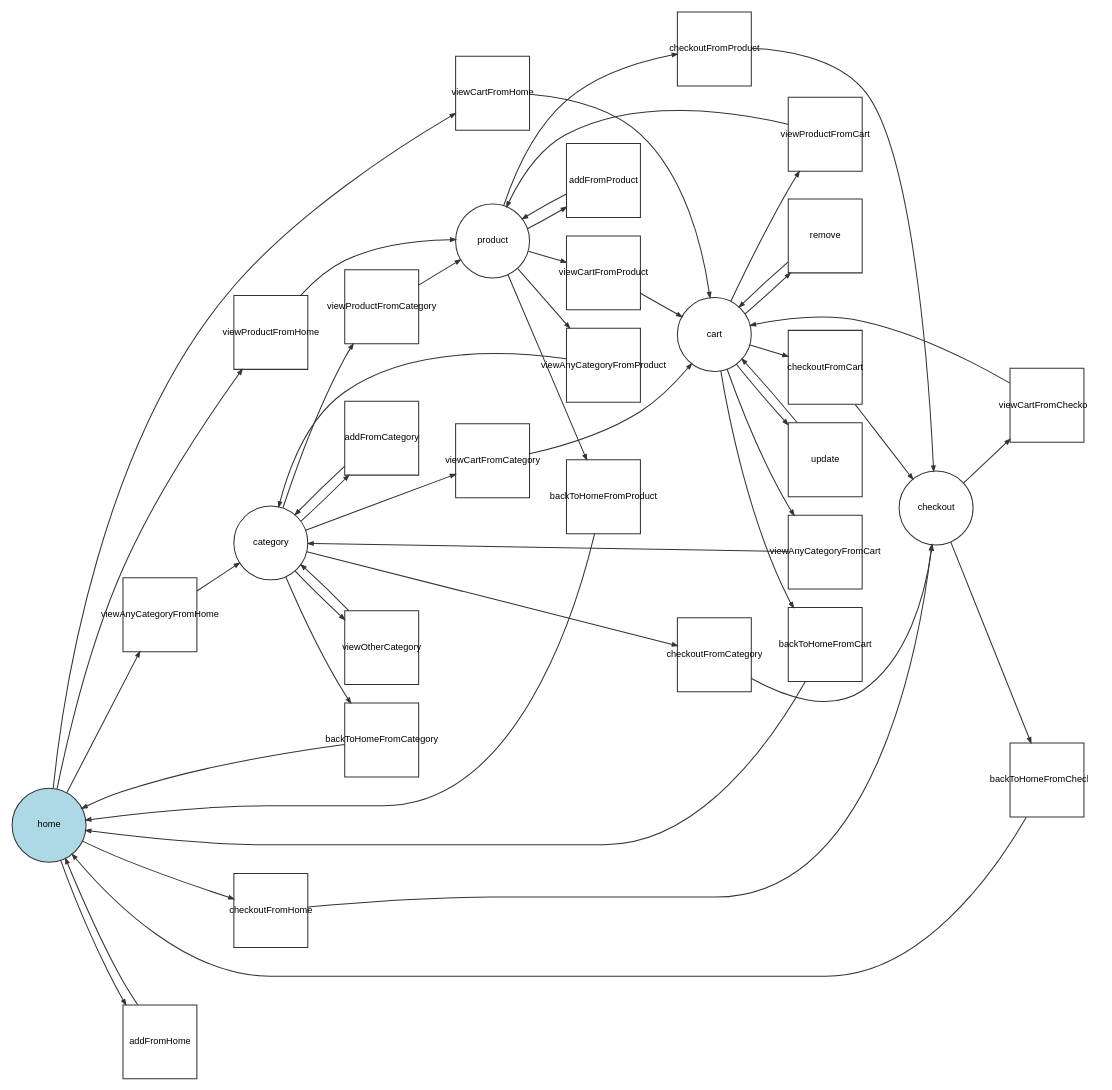
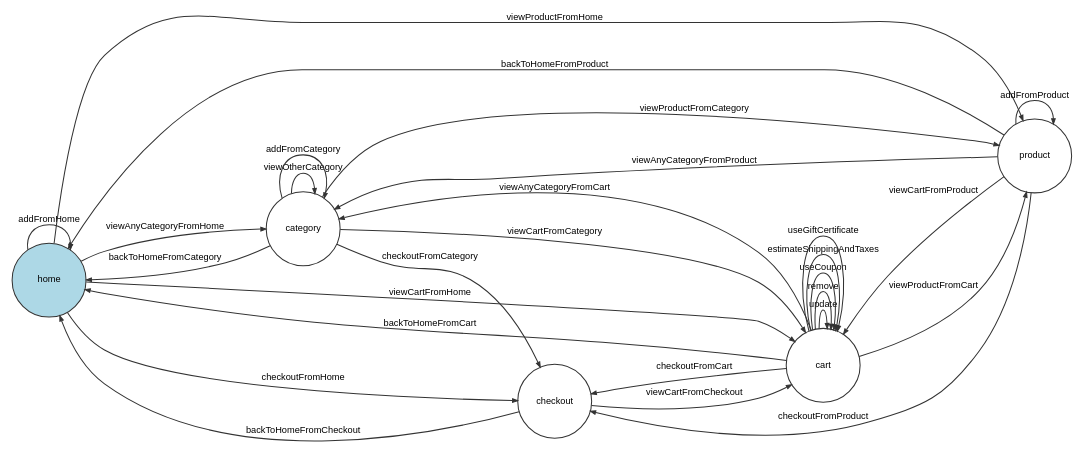
The diagram in config/packages/dev/models/shopping-cart/shopping-cart.dot (tienvx/mbt-examples), drawn with Graphviz before and after one commit. The commit also changed other lines of this file and 17 other files, not shown here.

```diff
--- a/config/packages/dev/models/shopping-cart/shopping-cart.dot
+++ b/config/packages/dev/models/shopping-cart/shopping-cart.dot
@@ -1,83 +1,38 @@
 digraph workflow {
-  ratio="compress" rankdir="LR"
-  node [fontsize="9" fontname="Arial" color="#333333" fillcolor="lightblue" fixedsize="1" width="1"];
+  ratio="compress" rankdir="LR" label=""
+  node [fontsize="9" fontname="Arial" color="#333333" fillcolor="lightblue" fixedsize="false" width="1"];
   edge [fontsize="9" fontname="Arial" color="#333333" arrowhead="normal" arrowsize="0.5"];
 
-  place_home [label="home", shape=circle, style="filled"];
-  place_category [label="category", shape=circle];
-  place_product [label="product", shape=circle];
-  place_cart [label="cart", shape=circle];
-  place_checkout [label="checkout", shape=circle];
-  transition_viewanycategoryfromhome [label="viewAnyCategoryFromHome", shape=box, shape="box", regular="1"];
-  transition_viewothercategory [label="viewOtherCategory", shape=box, shape="box", regular="1"];
-  transition_viewanycategoryfromproduct [label="viewAnyCategoryFromProduct", shape=box, shape="box", regular="1"];
-  transition_viewanycategoryfromcart [label="viewAnyCategoryFromCart", shape=box, shape="box", regular="1"];
-  transition_viewproductfromhome [label="viewProductFromHome", shape=box, shape="box", regular="1"];
-  transition_viewproductfromcart [label="viewProductFromCart", shape=box, shape="box", regular="1"];
-  transition_viewproductfromcategory [label="viewProductFromCategory", shape=box, shape="box", regular="1"];
-  transition_viewcartfromhome [label="viewCartFromHome", shape=box, shape="box", regular="1"];
-  transition_viewcartfromcategory [label="viewCartFromCategory", shape=box, shape="box", regular="1"];
-  transition_viewcartfromproduct [label="viewCartFromProduct", shape=box, shape="box", regular="1"];
-  transition_viewcartfromcheckout [label="viewCartFromCheckout", shape=box, shape="box", regular="1"];
-  transition_checkoutfromhome [label="checkoutFromHome", shape=box, shape="box", regular="1"];
-  transition_checkoutfromcategory [label="checkoutFromCategory", shape=box, shape="box", regular="1"];
-  transition_checkoutfromproduct [label="checkoutFromProduct", shape=box, shape="box", regular="1"];
-  transition_checkoutfromcart [label="checkoutFromCart", shape=box, shape="box", regular="1"];
-  transition_backtohomefromcategory [label="backToHomeFromCategory", shape=box, shape="box", regular="1"];
-  transition_backtohomefromproduct [label="backToHomeFromProduct", shape=box, shape="box", regular="1"];
-  transition_backtohomefromcart [label="backToHomeFromCart", shape=box, shape="box", regular="1"];
-  transition_backtohomefromcheckout [label="backToHomeFromCheckout", shape=box, shape="box", regular="1"];
-  transition_update [label="update", shape=box, shape="box", regular="1"];
-  transition_remove [label="remove", shape=box, shape="box", regular="1"];
-  transition_addfromhome [label="addFromHome", shape=box, shape="box", regular="1"];
-  transition_addfromcategory [label="addFromCategory", shape=box, shape="box", regular="1"];
-  transition_addfromproduct [label="addFromProduct", shape=box, shape="box", regular="1"];
-  place_home -> transition_viewanycategoryfromhome [style="solid"];
-  transition_viewanycategoryfromhome -> place_category [style="solid"];
-  place_category -> transition_viewothercategory [style="solid"];
-  transition_viewothercategory -> place_category [style="solid"];
-  place_product -> transition_viewanycategoryfromproduct [style="solid"];
-  transition_viewanycategoryfromproduct -> place_category [style="solid"];
-  place_cart -> transition_viewanycategoryfromcart [style="solid"];
-  transition_viewanycategoryfromcart -> place_category [style="solid"];
-  place_home -> transition_viewproductfromhome [style="solid"];
-  transition_viewproductfromhome -> place_product [style="solid"];
-  place_cart -> transition_viewproductfromcart [style="solid"];
-  transition_viewproductfromcart -> place_product [style="solid"];
-  place_category -> transition_viewproductfromcategory [style="solid"];
-  transition_viewproductfromcategory -> place_product [style="solid"];
-  place_home -> transition_viewcartfromhome [style="solid"];
-  transition_viewcartfromhome -> place_cart [style="solid"];
-  place_category -> transition_viewcartfromcategory [style="solid"];
-  transition_viewcartfromcategory -> place_cart [style="solid"];
-  place_product -> transition_viewcartfromproduct [style="solid"];
-  transition_viewcartfromproduct -> place_cart [style="solid"];
-  place_checkout -> transition_viewcartfromcheckout [style="solid"];
-  transition_viewcartfromcheckout -> place_cart [style="solid"];
-  place_home -> transition_checkoutfromhome [style="solid"];
-  transition_checkoutfromhome -> place_checkout [style="solid"];
-  place_category -> transition_checkoutfromcategory [style="solid"];
-  transition_checkoutfromcategory -> place_checkout [style="solid"];
-  place_product -> transition_checkoutfromproduct [style="solid"];
-  transition_checkoutfromproduct -> place_checkout [style="solid"];
-  place_cart -> transition_checkoutfromcart [style="solid"];
-  transition_checkoutfromcart -> place_checkout [style="solid"];
-  place_category -> transition_backtohomefromcategory [style="solid"];
-  transition_backtohomefromcategory -> place_home [style="solid"];
-  place_product -> transition_backtohomefromproduct [style="solid"];
-  transition_backtohomefromproduct -> place_home [style="solid"];
-  place_cart -> transition_backtohomefromcart [style="solid"];
-  transition_backtohomefromcart -> place_home [style="solid"];
-  place_checkout -> transition_backtohomefromcheckout [style="solid"];
-  transition_backtohomefromcheckout -> place_home [style="solid"];
-  place_cart -> transition_update [style="solid"];
-  transition_update -> place_cart [style="solid"];
-  place_cart -> transition_remove [style="solid"];
-  transition_remove -> place_cart [style="solid"];
-  place_home -> transition_addfromhome [style="solid"];
-  transition_addfromhome -> place_home [style="solid"];
-  place_category -> transition_addfromcategory [style="solid"];
-  transition_addfromcategory -> place_category [style="solid"];
-  place_product -> transition_addfromproduct [style="solid"];
-  transition_addfromproduct -> place_product [style="solid"];
+  place_e83249bd3ba79932e16fb1fb5100dafade9954c2 [label="home", shape=circle, style="filled"];
+  place_5ccbf9c9c5fc1bc34df8238a97094968f38f5165 [label="category", shape=circle];
+  place_38a007151abe87cc01a5b6e9cc418e85286e2087 [label="product", shape=circle];
+  place_8bfb4e1aa590eab8f08f837b97acf5803a5737ed [label="cart", shape=circle];
+  place_d5491e7e7124a22dd73fa746ba129c59f9dc6d5d [label="checkout", shape=circle];
+  place_e83249bd3ba79932e16fb1fb5100dafade9954c2 -> place_5ccbf9c9c5fc1bc34df8238a97094968f38f5165 [label="viewAnyCategoryFromHome" style="solid"];
+  place_e83249bd3ba79932e16fb1fb5100dafade9954c2 -> place_38a007151abe87cc01a5b6e9cc418e85286e2087 [label="viewProductFromHome" style="solid"];
+  place_e83249bd3ba79932e16fb1fb5100dafade9954c2 -> place_8bfb4e1aa590eab8f08f837b97acf5803a5737ed [label="viewCartFromHome" style="solid"];
+  place_e83249bd3ba79932e16fb1fb5100dafade9954c2 -> place_d5491e7e7124a22dd73fa746ba129c59f9dc6d5d [label="checkoutFromHome" style="solid"];
+  place_e83249bd3ba79932e16fb1fb5100dafade9954c2 -> place_e83249bd3ba79932e16fb1fb5100dafade9954c2 [label="addFromHome" style="solid"];
+  place_5ccbf9c9c5fc1bc34df8238a97094968f38f5165 -> place_5ccbf9c9c5fc1bc34df8238a97094968f38f5165 [label="viewOtherCategory" style="solid"];
+  place_5ccbf9c9c5fc1bc34df8238a97094968f38f5165 -> place_38a007151abe87cc01a5b6e9cc418e85286e2087 [label="viewProductFromCategory" style="solid"];
+  place_5ccbf9c9c5fc1bc34df8238a97094968f38f5165 -> place_8bfb4e1aa590eab8f08f837b97acf5803a5737ed [label="viewCartFromCategory" style="solid"];
+  place_5ccbf9c9c5fc1bc34df8238a97094968f38f5165 -> place_d5491e7e7124a22dd73fa746ba129c59f9dc6d5d [label="checkoutFromCategory" style="solid"];
+  place_5ccbf9c9c5fc1bc34df8238a97094968f38f5165 -> place_e83249bd3ba79932e16fb1fb5100dafade9954c2 [label="backToHomeFromCategory" style="solid"];
+  place_5ccbf9c9c5fc1bc34df8238a97094968f38f5165 -> place_5ccbf9c9c5fc1bc34df8238a97094968f38f5165 [label="addFromCategory" style="solid"];
+  place_38a007151abe87cc01a5b6e9cc418e85286e2087 -> place_5ccbf9c9c5fc1bc34df8238a97094968f38f5165 [label="viewAnyCategoryFromProduct" style="solid"];
+  place_38a007151abe87cc01a5b6e9cc418e85286e2087 -> place_8bfb4e1aa590eab8f08f837b97acf5803a5737ed [label="viewCartFromProduct" style="solid"];
+  place_38a007151abe87cc01a5b6e9cc418e85286e2087 -> place_d5491e7e7124a22dd73fa746ba129c59f9dc6d5d [label="checkoutFromProduct" style="solid"];
+  place_38a007151abe87cc01a5b6e9cc418e85286e2087 -> place_e83249bd3ba79932e16fb1fb5100dafade9954c2 [label="backToHomeFromProduct" style="solid"];
+  place_38a007151abe87cc01a5b6e9cc418e85286e2087 -> place_38a007151abe87cc01a5b6e9cc418e85286e2087 [label="addFromProduct" style="solid"];
+  place_8bfb4e1aa590eab8f08f837b97acf5803a5737ed -> place_5ccbf9c9c5fc1bc34df8238a97094968f38f5165 [label="viewAnyCategoryFromCart" style="solid"];
+  place_8bfb4e1aa590eab8f08f837b97acf5803a5737ed -> place_38a007151abe87cc01a5b6e9cc418e85286e2087 [label="viewProductFromCart" style="solid"];
+  place_8bfb4e1aa590eab8f08f837b97acf5803a5737ed -> place_d5491e7e7124a22dd73fa746ba129c59f9dc6d5d [label="checkoutFromCart" style="solid"];
+  place_8bfb4e1aa590eab8f08f837b97acf5803a5737ed -> place_e83249bd3ba79932e16fb1fb5100dafade9954c2 [label="backToHomeFromCart" style="solid"];
+  place_8bfb4e1aa590eab8f08f837b97acf5803a5737ed -> place_8bfb4e1aa590eab8f08f837b97acf5803a5737ed [label="update" style="solid"];
+  place_8bfb4e1aa590eab8f08f837b97acf5803a5737ed -> place_8bfb4e1aa590eab8f08f837b97acf5803a5737ed [label="remove" style="solid"];
+  place_8bfb4e1aa590eab8f08f837b97acf5803a5737ed -> place_8bfb4e1aa590eab8f08f837b97acf5803a5737ed [label="useCoupon" style="solid"];
+  place_8bfb4e1aa590eab8f08f837b97acf5803a5737ed -> place_8bfb4e1aa590eab8f08f837b97acf5803a5737ed [label="estimateShippingAndTaxes" style="solid"];
+  place_8bfb4e1aa590eab8f08f837b97acf5803a5737ed -> place_8bfb4e1aa590eab8f08f837b97acf5803a5737ed [label="useGiftCertificate" style="solid"];
+  place_d5491e7e7124a22dd73fa746ba129c59f9dc6d5d -> place_8bfb4e1aa590eab8f08f837b97acf5803a5737ed [label="viewCartFromCheckout" style="solid"];
+  place_d5491e7e7124a22dd73fa746ba129c59f9dc6d5d -> place_e83249bd3ba79932e16fb1fb5100dafade9954c2 [label="backToHomeFromCheckout" style="solid"];
 }
```
